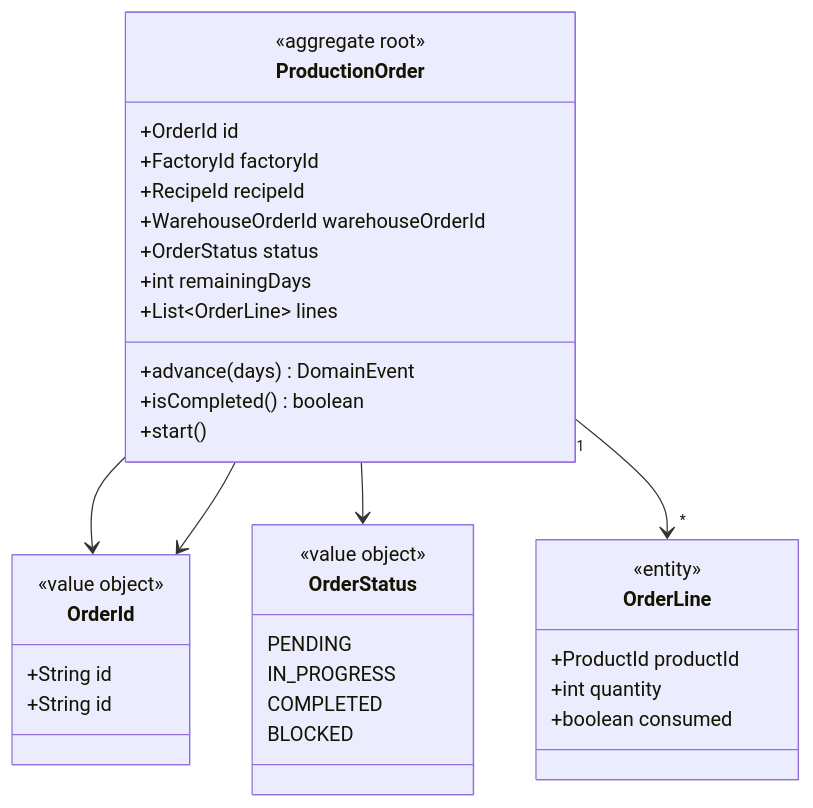
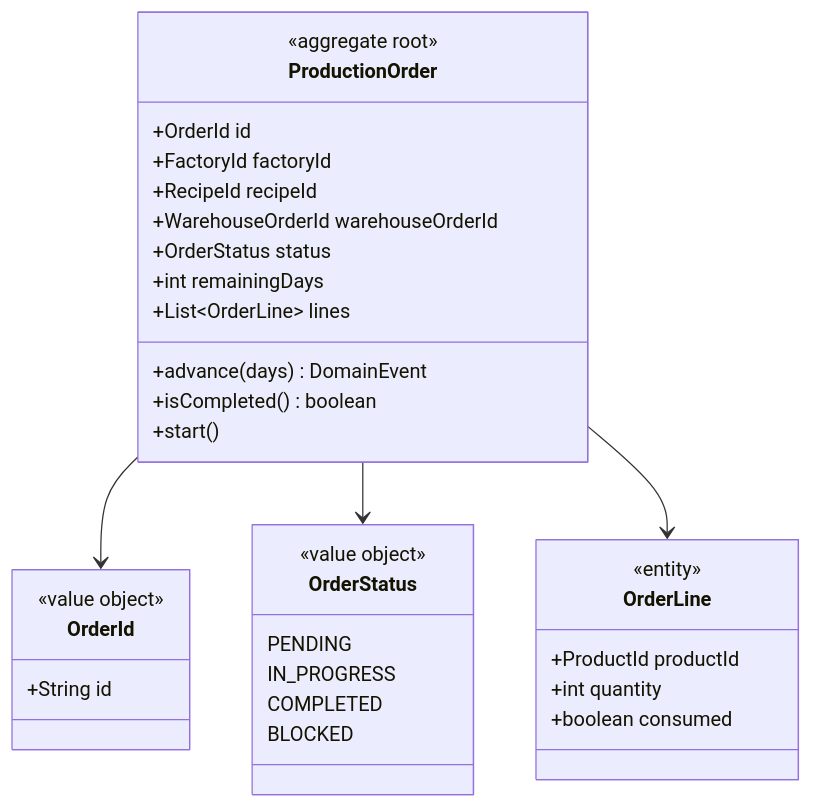
The second of 6 diagrams in production/ddd.md (PauLopNun/workshop-suministros), drawn with Mermaid before and after one commit. The commit also changed other lines of this file, not shown here.

Commit message:
docs: modified graphs

````diff
--- a/production/ddd.md
+++ b/production/ddd.md
@@ -35,41 +35,36 @@
 ```mermaid
 classDiagram
     class ProductionOrder {
         <<aggregate root>>
         +OrderId id
         +FactoryId factoryId
         +RecipeId recipeId
         +WarehouseOrderId warehouseOrderId
         +OrderStatus status
         +int remainingDays
         +List~OrderLine~ lines
         +advance(days) DomainEvent
         +isCompleted() boolean
         +start()
     }
     class OrderId {
         <<value object>>
         +String id
     }
     class OrderLine {
         <<entity>>
         +ProductId productId
         +int quantity
         +boolean consumed
     }
     class OrderStatus {
         <<value object>>
         PENDING
         IN_PROGRESS
         COMPLETED
         BLOCKED
     }
-    class OrderId {
-        <<value object>>
-        +String id
-    }
     ProductionOrder --> OrderId
     ProductionOrder --> OrderStatus
-    ProductionOrder "1" --> "*" OrderLine
-    ProductionOrder --> OrderId
+    ProductionOrder --> OrderLine
 ```
````
